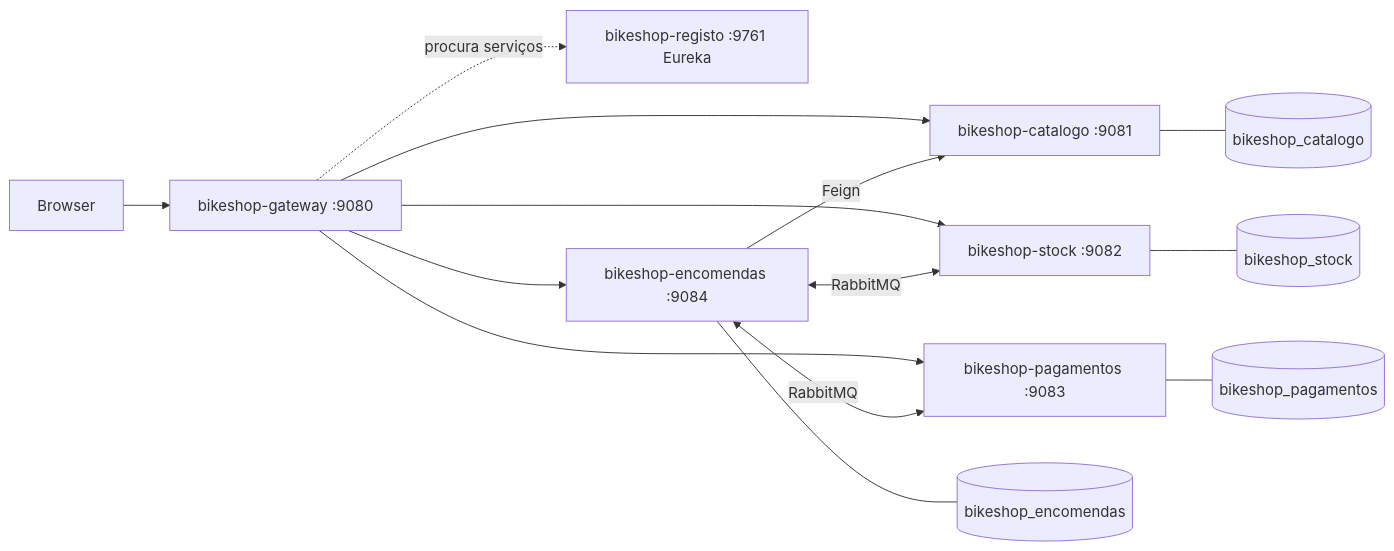
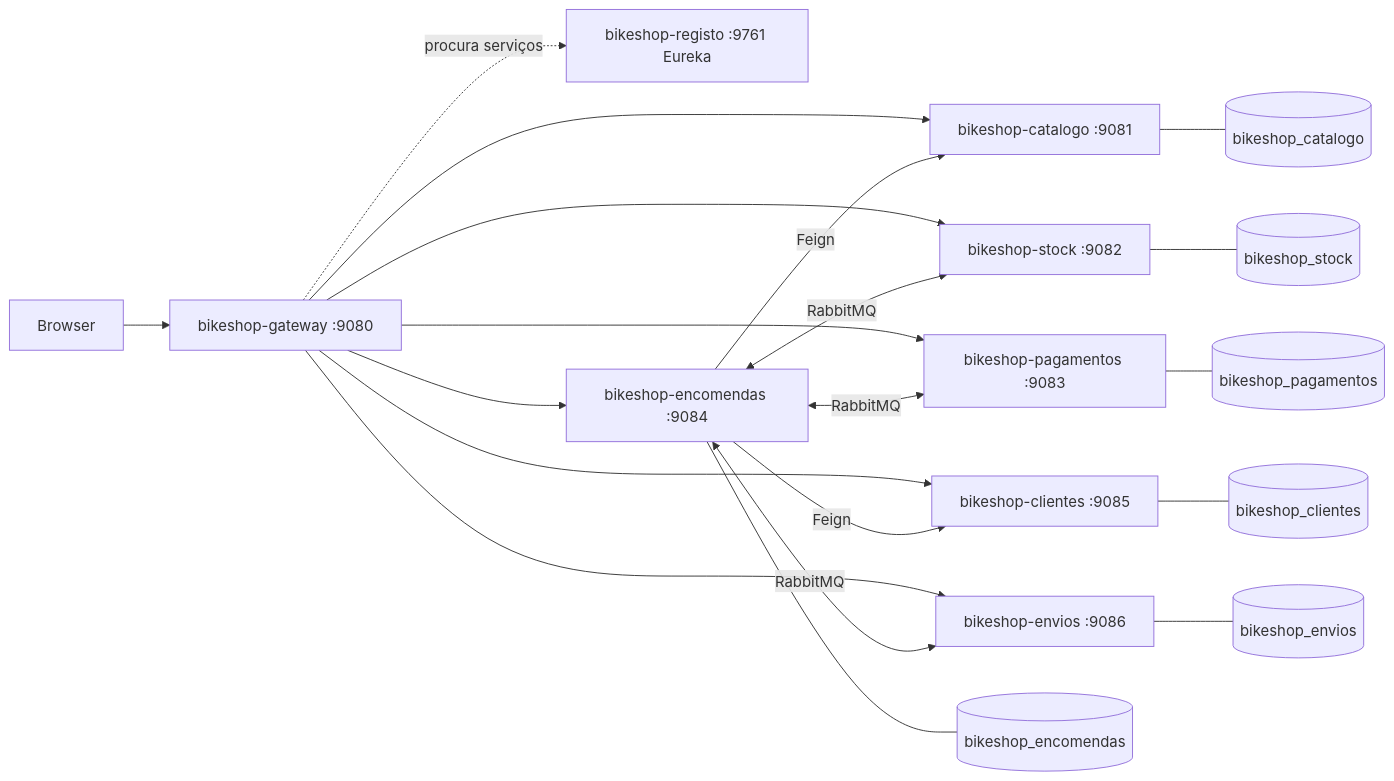
The first of 2 diagrams in README.md (AvelinoAlmeida/BikeShop), drawn with Mermaid before and after one commit. The commit also changed other lines of this file and 11 other files, not shown here.

````diff
--- a/README.md
+++ b/README.md
@@ -11,16 +18,22 @@
 ```mermaid
 flowchart LR
     B[Browser] --> G[bikeshop-gateway :9080]
     G -. procura serviços .-> R[bikeshop-registo :9761 Eureka]
     G --> C[bikeshop-catalogo :9081]
     G --> S[bikeshop-stock :9082]
     G --> P[bikeshop-pagamentos :9083]
     G --> E[bikeshop-encomendas :9084]
+    G --> CL[bikeshop-clientes :9085]
+    G --> V[bikeshop-envios :9086]
     E -- Feign --> C
+    E -- Feign --> CL
     E <-- RabbitMQ --> S
     E <-- RabbitMQ --> P
+    E <-- RabbitMQ --> V
     C --- DC[(bikeshop_catalogo)]
     S --- DS[(bikeshop_stock)]
     P --- DP[(bikeshop_pagamentos)]
     E --- DE[(bikeshop_encomendas)]
+    CL --- DCL[(bikeshop_clientes)]
+    V --- DV[(bikeshop_envios)]
 ```
````
